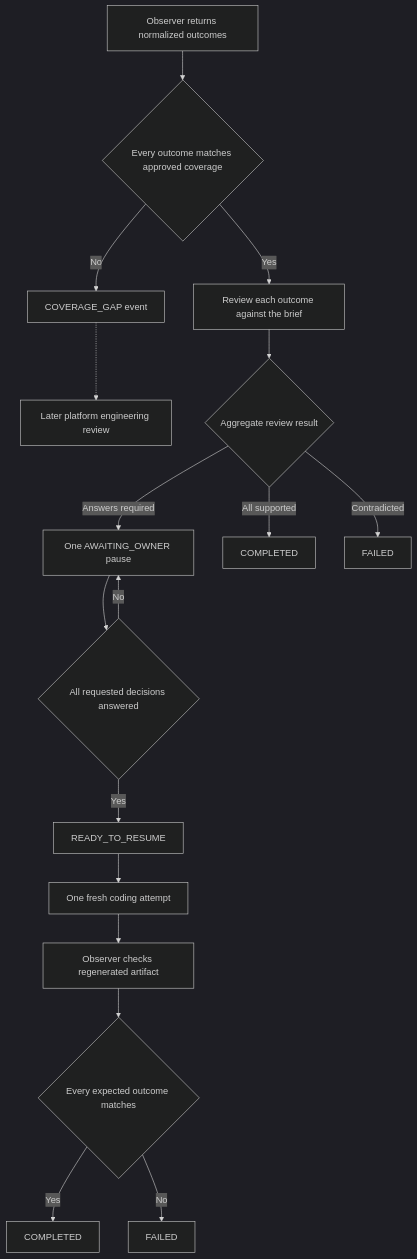
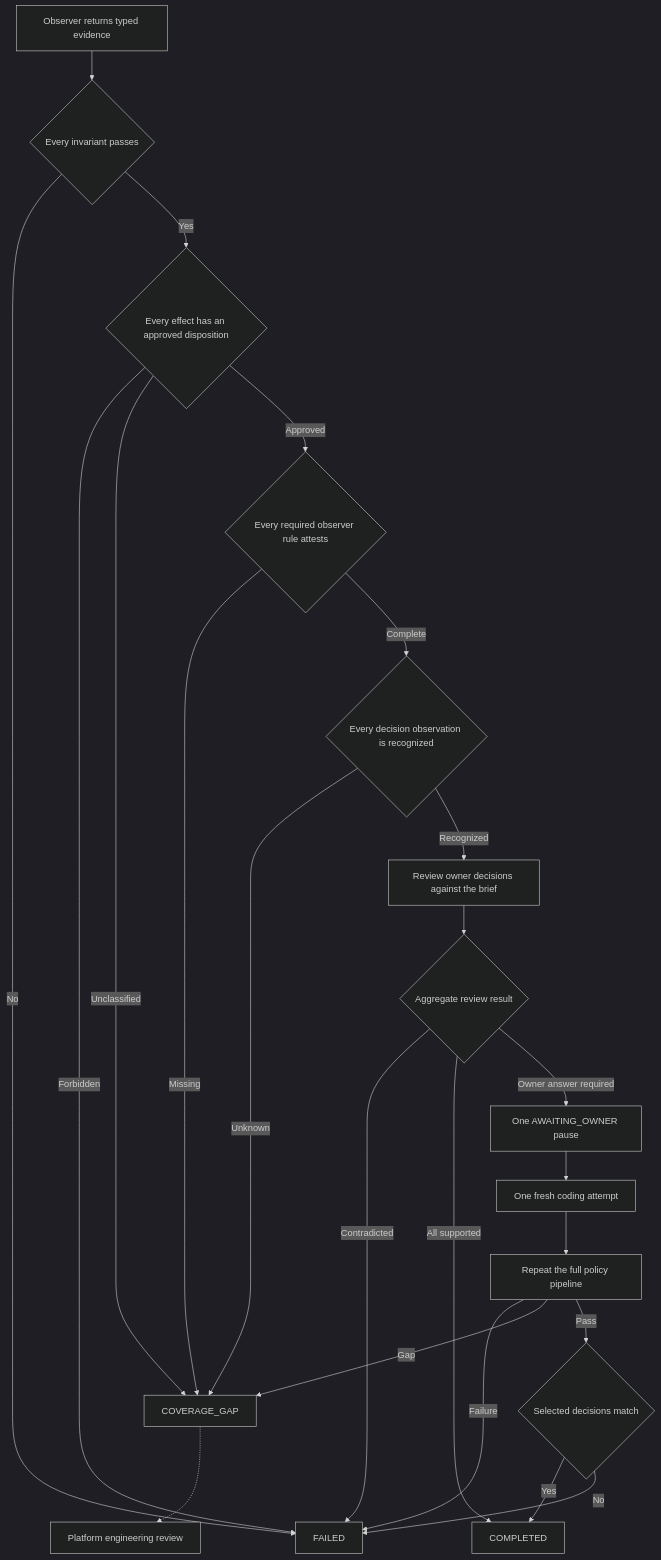
One commit to genesobolev/implicit-decision-gate changed the diagram in notebooks/assets/diagrams/gate_logic.mmd. Above: the diagram before and after it, drawn with Mermaid (dark theme). The commit also changed 31 other files, not shown here.

Commit message:
Add typed evidence and coverage policy

```diff
--- a/notebooks/assets/diagrams/gate_logic.mmd
+++ b/notebooks/assets/diagrams/gate_logic.mmd
@@ -1,34 +1,39 @@
 flowchart TD
-    observed[Observer returns normalized outcomes]
-    covered{Every outcome matches approved coverage}
-    coverageGap[COVERAGE_GAP event]
-    platform[Later platform engineering review]
-    review[Review each outcome against the brief]
+    observed[Observer returns typed evidence]
+    invariants{Every invariant passes}
+    effects{Every effect has an approved disposition}
+    coverage{Every required observer rule attests}
+    unknowns{Every decision observation is recognized}
+    review[Review owner decisions against the brief]
     result{Aggregate review result}
     pause[One AWAITING_OWNER pause]
-    answered{All requested decisions answered}
-    ready[READY_TO_RESUME]
     retry[One fresh coding attempt]
-    observeAgain[Observer checks regenerated artifact]
-    verify{Every expected outcome matches}
-    completeFirst[COMPLETED]
-    failedReview[FAILED]
-    completeSecond[COMPLETED]
-    failedRetry[FAILED]
+    fullCheck[Repeat the full policy pipeline]
+    verify{Selected decisions match}
+    gap[COVERAGE_GAP]
+    failed[FAILED]
+    complete[COMPLETED]
+    platform[Platform engineering review]
 
-    observed --> covered
-    covered -->|No| coverageGap
-    coverageGap -.-> platform
-    covered -->|Yes| review
+    observed --> invariants
+    invariants -->|No| failed
+    invariants -->|Yes| effects
+    effects -->|Forbidden| failed
+    effects -->|Unclassified| gap
+    effects -->|Approved| coverage
+    coverage -->|Missing| gap
+    coverage -->|Complete| unknowns
+    unknowns -->|Unknown| gap
+    unknowns -->|Recognized| review
     review --> result
-    result -->|Contradicted| failedReview
-    result -->|All supported| completeFirst
-    result -->|Answers required| pause
-    pause --> answered
-    answered -->|No| pause
-    answered -->|Yes| ready
-    ready --> retry
-    retry --> observeAgain
-    observeAgain --> verify
-    verify -->|Yes| completeSecond
-    verify -->|No| failedRetry
+    result -->|Contradicted| failed
+    result -->|All supported| complete
+    result -->|Owner answer required| pause
+    pause --> retry
+    retry --> fullCheck
+    fullCheck -->|Failure| failed
+    fullCheck -->|Gap| gap
+    fullCheck -->|Pass| verify
+    verify -->|Yes| complete
+    verify -->|No| failed
+    gap -.-> platform
```
